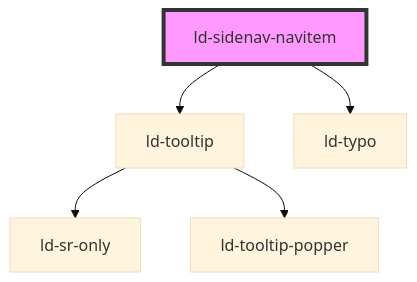
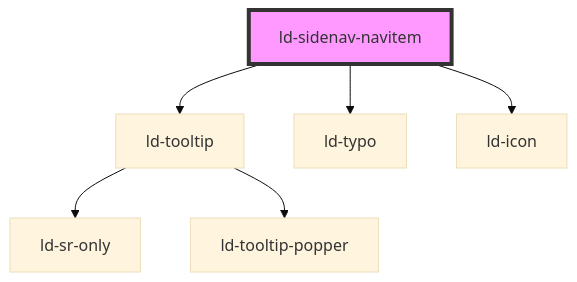
One commit to emdgroup-liquid/liquid changed the diagram in src/liquid/components/ld-sidenav/ld-sidenav-navitem/readme.md. Above: the diagram before and after it, drawn with Mermaid (base theme). The commit also changed other lines of this file and 127 other files, not shown here.

````diff
--- a/src/liquid/components/ld-sidenav/ld-sidenav-navitem/readme.md
+++ b/src/liquid/components/ld-sidenav/ld-sidenav-navitem/readme.md
@@ -251,8 +254,9 @@
 ```mermaid
 graph TD;
   ld-sidenav-navitem --> ld-tooltip
   ld-sidenav-navitem --> ld-typo
+  ld-sidenav-navitem --> ld-icon
   ld-tooltip --> ld-sr-only
   ld-tooltip --> ld-tooltip-popper
   style ld-sidenav-navitem fill:#f9f,stroke:#333,stroke-width:4px
 ```
````
